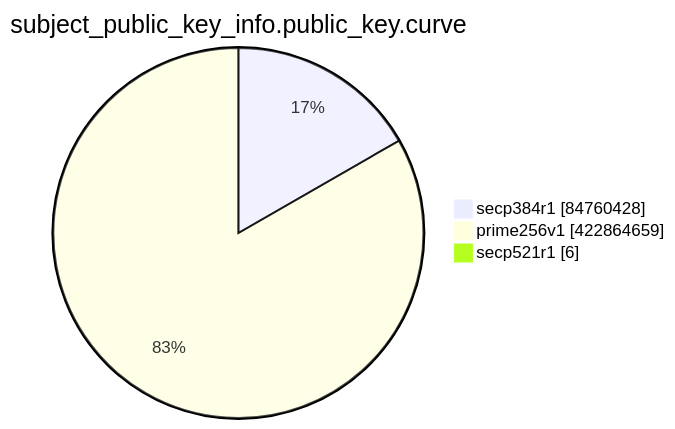
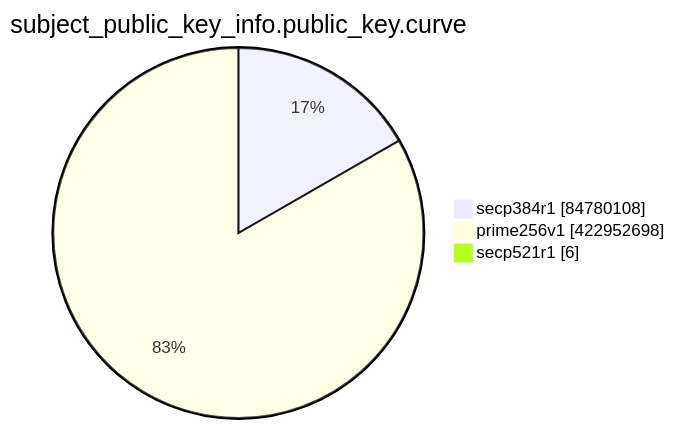
One commit to christiankrug/ctmonitor_visualization changed the eighth of 15 diagrams in TOTAL/README.md. Above: the diagram before and after it, drawn with Mermaid. The commit also changed other lines of this file, not shown here.

````diff
--- a/TOTAL/README.md
+++ b/TOTAL/README.md
@@ -3099,7 +3099,7 @@
 ```mermaid
 pie showData
 title subject_public_key_info.public_key.curve
-"secp384r1" :84760428
-"prime256v1" :422864659
+"secp384r1" :84780108
+"prime256v1" :422952698
 "secp521r1" :6
 ```
````
